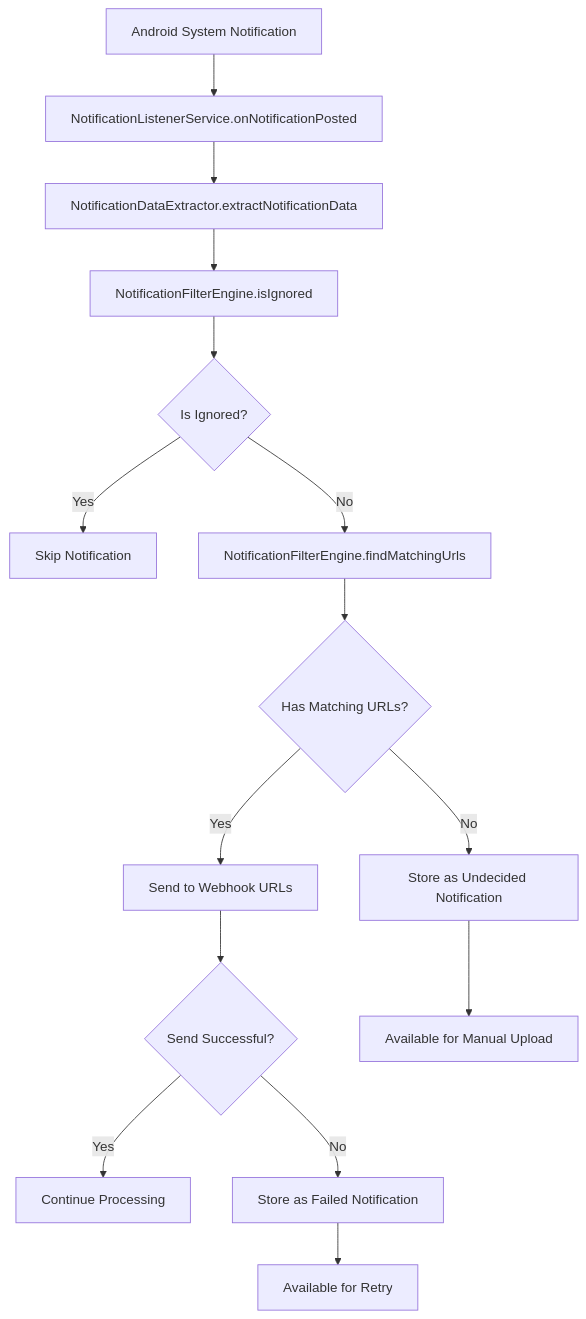
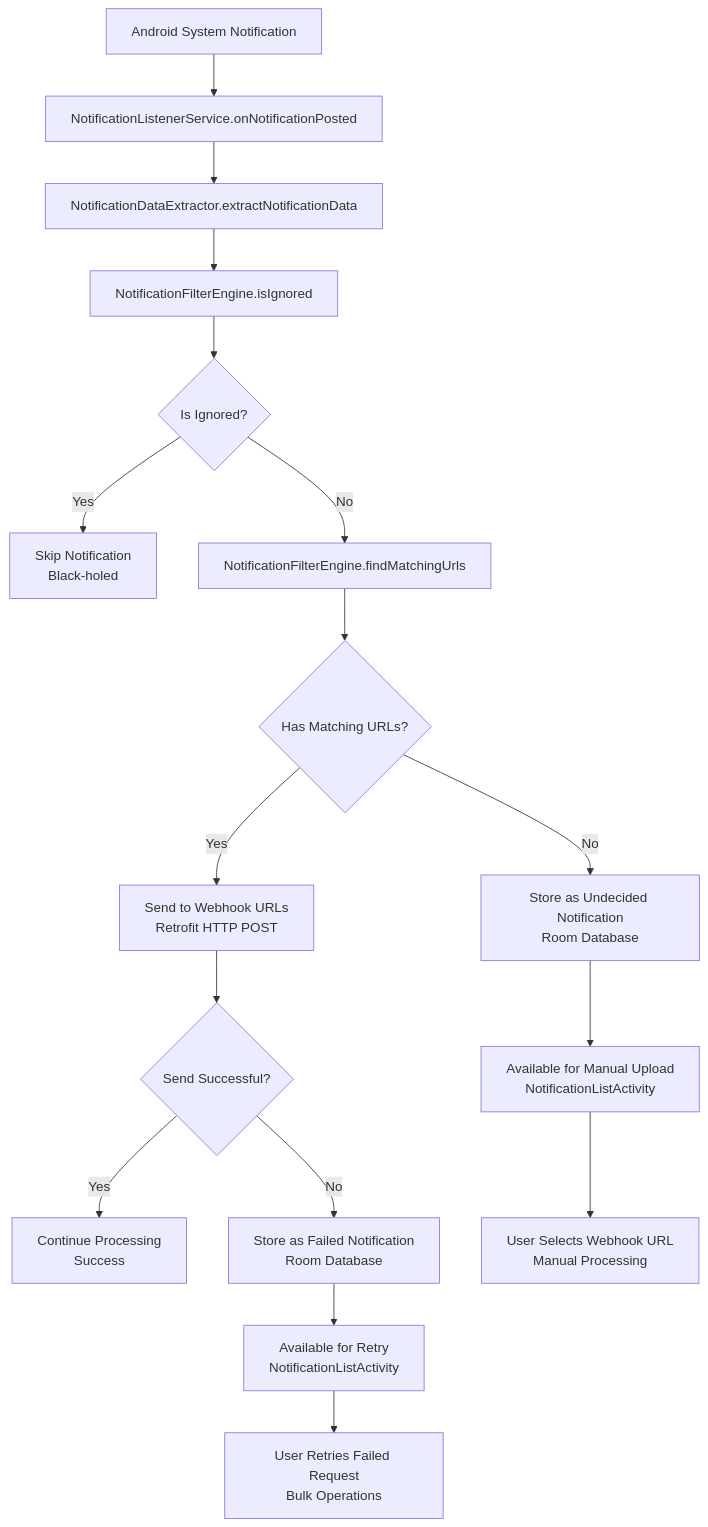
The second of 2 diagrams in README.md (daohoangson/android-notification-listener), drawn with Mermaid before and after one commit. The commit also changed other lines of this file, not shown here.

````diff
--- a/README.md
+++ b/README.md
@@ -27,21 +30,24 @@
 ```mermaid
 flowchart TD
     A[Android System Notification] --> B[NotificationListenerService.onNotificationPosted]
     B --> C[NotificationDataExtractor.extractNotificationData]
     C --> D[NotificationFilterEngine.isIgnored]
 
     D --> E{Is Ignored?}
-    E -->|Yes| F[Skip Notification]
+    E -->|Yes| F[Skip Notification<br/>Black-holed]
     E -->|No| G[NotificationFilterEngine.findMatchingUrls]
 
     G --> H{Has Matching URLs?}
-    H -->|No| I[Store as Undecided Notification]
-    H -->|Yes| J[Send to Webhook URLs]
+    H -->|No| I[Store as Undecided Notification<br/>Room Database]
+    H -->|Yes| J[Send to Webhook URLs<br/>Retrofit HTTP POST]
 
     J --> K{Send Successful?}
-    K -->|Yes| L[Continue Processing]
-    K -->|No| M[Store as Failed Notification]
+    K -->|Yes| L[Continue Processing<br/>Success]
+    K -->|No| M[Store as Failed Notification<br/>Room Database]
 
-    I --> N[Available for Manual Upload]
-    M --> O[Available for Retry]
+    I --> N[Available for Manual Upload<br/>NotificationListActivity]
+    M --> O[Available for Retry<br/>NotificationListActivity]
+
+    N --> P[User Selects Webhook URL<br/>Manual Processing]
+    O --> Q[User Retries Failed Request<br/>Bulk Operations]
 ```
````
